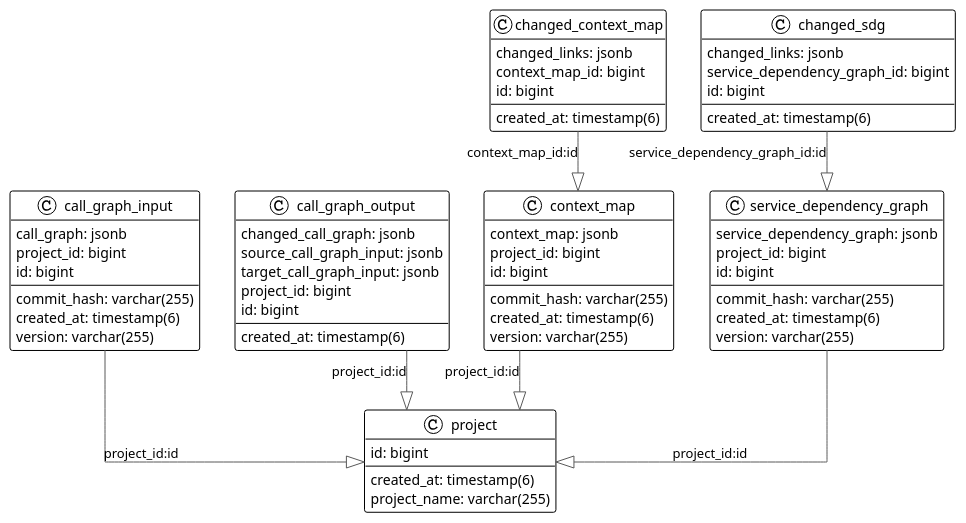
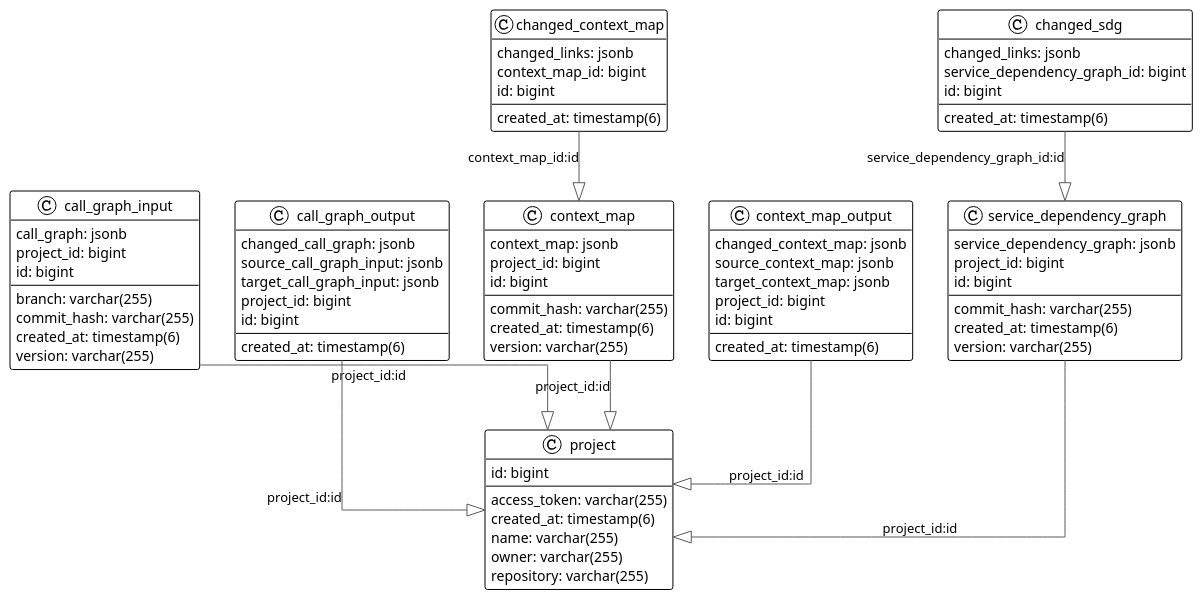
One commit to katyadam/SAVAT changed the diagram in cia-pg.puml. Above: the diagram before and after it, drawn with PlantUML.

Commit message:
feat: updated plantuml diagram

```diff
--- a/cia-pg.puml
+++ b/cia-pg.puml
@@ -1,63 +1,76 @@
 @startuml
 
 !theme plain
 top to bottom direction
 skinparam linetype ortho
 
 class call_graph_input {
+   branch: varchar(255)
    call_graph: jsonb
    commit_hash: varchar(255)
    created_at: timestamp(6)
    version: varchar(255)
    project_id: bigint
    id: bigint
 }
 class call_graph_output {
    changed_call_graph: jsonb
    created_at: timestamp(6)
    source_call_graph_input: jsonb
    target_call_graph_input: jsonb
    project_id: bigint
    id: bigint
 }
 class changed_context_map {
    changed_links: jsonb
    created_at: timestamp(6)
    context_map_id: bigint
    id: bigint
 }
 class changed_sdg {
    changed_links: jsonb
    created_at: timestamp(6)
    service_dependency_graph_id: bigint
    id: bigint
 }
 class context_map {
    commit_hash: varchar(255)
    context_map: jsonb
    created_at: timestamp(6)
    version: varchar(255)
    project_id: bigint
    id: bigint
 }
+class context_map_output {
+   changed_context_map: jsonb
+   created_at: timestamp(6)
+   source_context_map: jsonb
+   target_context_map: jsonb
+   project_id: bigint
+   id: bigint
+}
 class project {
+   access_token: varchar(255)
    created_at: timestamp(6)
-   project_name: varchar(255)
+   name: varchar(255)
+   owner: varchar(255)
+   repository: varchar(255)
    id: bigint
 }
 class service_dependency_graph {
    commit_hash: varchar(255)
    created_at: timestamp(6)
    service_dependency_graph: jsonb
    version: varchar(255)
    project_id: bigint
    id: bigint
 }
 
 call_graph_input          -[#595959,plain]-^  project                  : "project_id:id"
 call_graph_output         -[#595959,plain]-^  project                  : "project_id:id"
 changed_context_map       -[#595959,plain]-^  context_map              : "context_map_id:id"
 changed_sdg               -[#595959,plain]-^  service_dependency_graph : "service_dependency_graph_id:id"
 context_map               -[#595959,plain]-^  project                  : "project_id:id"
+context_map_output        -[#595959,plain]-^  project                  : "project_id:id"
 service_dependency_graph  -[#595959,plain]-^  project                  : "project_id:id"
 @enduml
```
